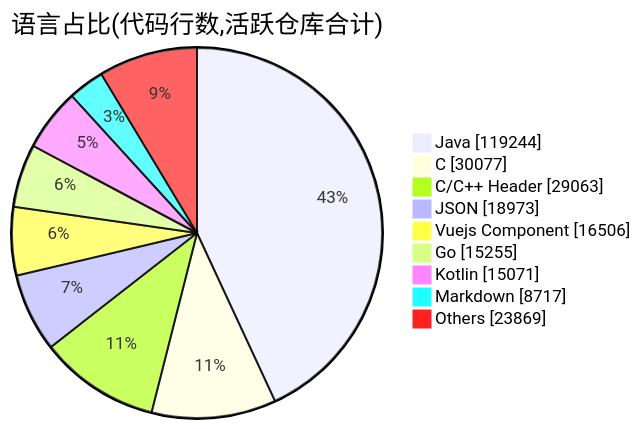
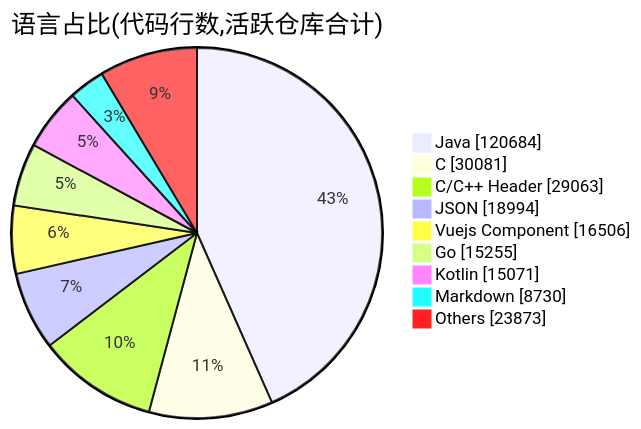
One commit to Conflux-Union/.github changed the second of 2 diagrams in profile/README.md. Above: the diagram before and after it, drawn with Mermaid. The commit also changed other lines of this file and 1 other file, not shown here.

````diff
--- a/profile/README.md
+++ b/profile/README.md
@@ -79,13 +79,13 @@
 ```mermaid
 pie showData
     title 语言占比(代码行数,活跃仓库合计)
-    "Java" : 119244
-    "C" : 30077
+    "Java" : 120684
+    "C" : 30081
     "C/C++ Header" : 29063
-    "JSON" : 18973
+    "JSON" : 18994
     "Vuejs Component" : 16506
     "Go" : 15255
     "Kotlin" : 15071
-    "Markdown" : 8717
-    "Others" : 23869
+    "Markdown" : 8730
+    "Others" : 23873
 ```
````
